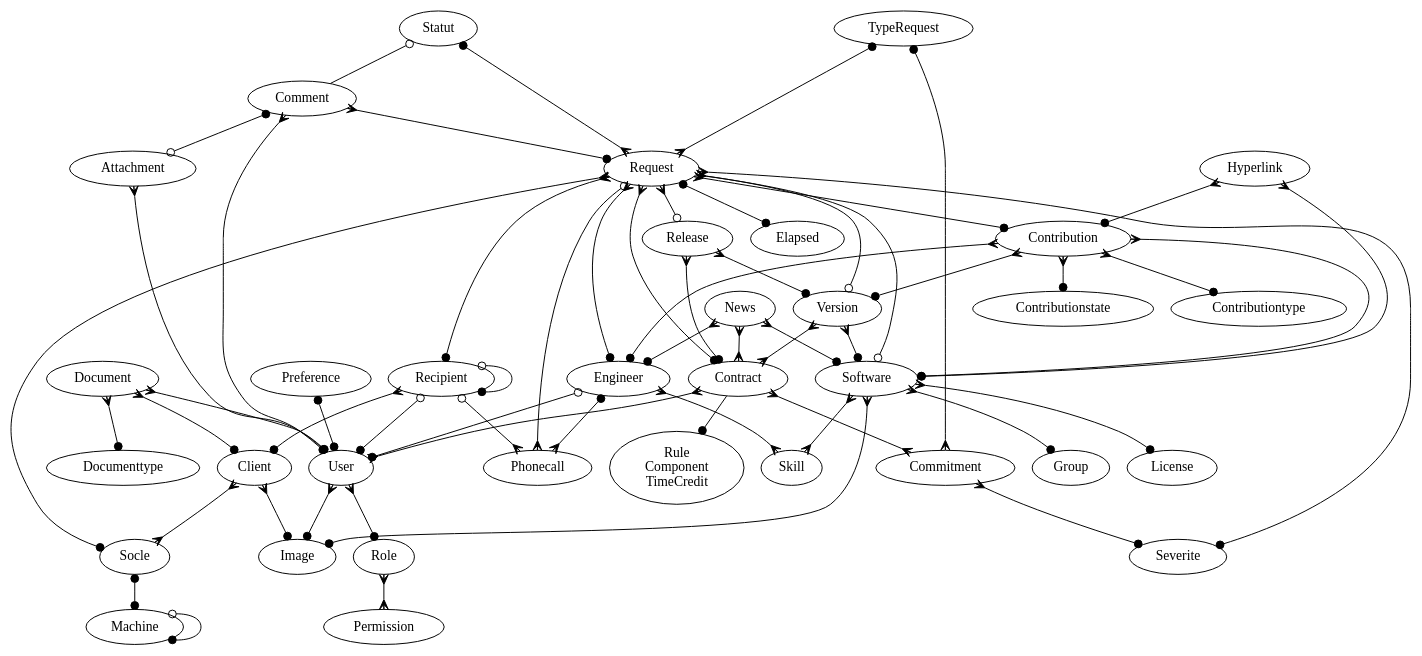
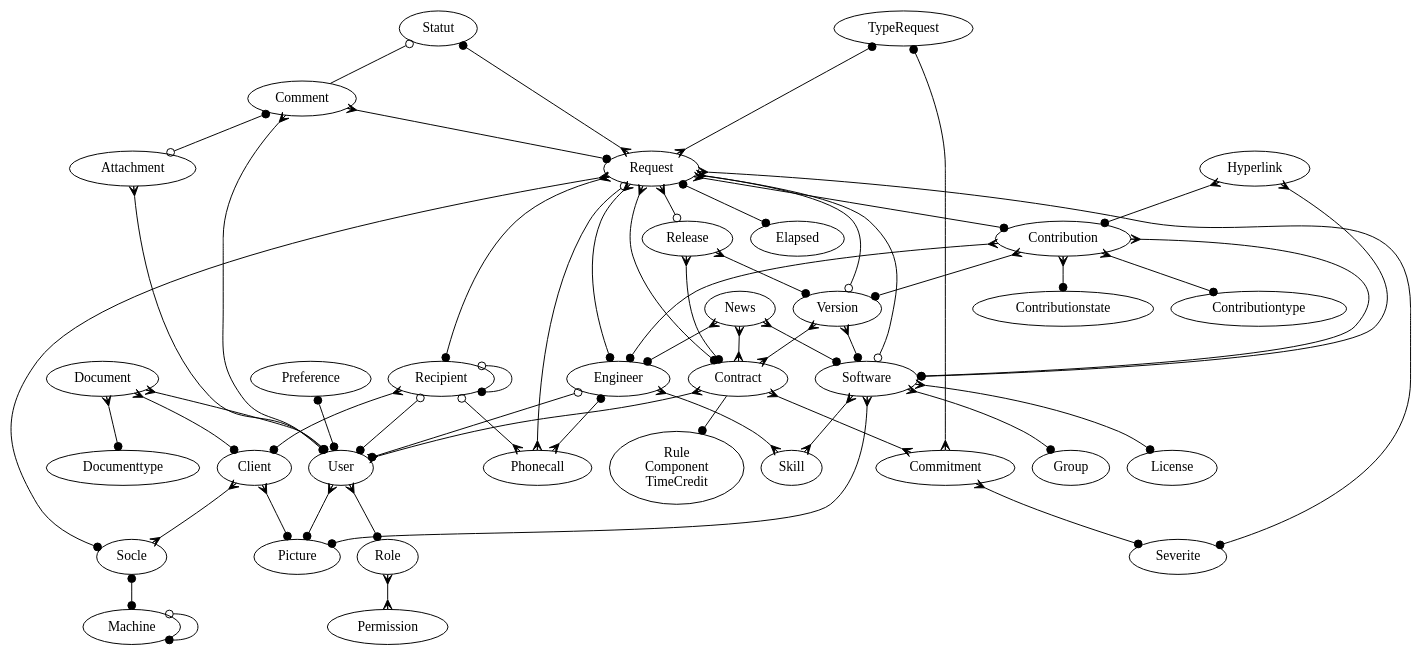
The diagram in doc/data_model.dot (trivoallan/tosca), drawn with Graphviz before and after one commit. The commit also changed 65 other files, not shown here.

```diff
--- a/doc/data_model.dot
+++ b/doc/data_model.dot
@@ -1,82 +1,82 @@
 digraph x {
 
 //rotate=90;
 {rank=min; Statut TypeRequest Statut }
 
 Rule [label="Rule\nComponent\nTimeCredit"]
 
 Recipient -> User [arrowhead=dot,arrowtail=odot,dir=both]
 Recipient -> Phonecall [arrowhead=crow,arrowtail=odot,dir=both]
 Recipient -> Client [arrowhead=dot,dir=both,arrowtail=crow]
 Recipient -> Recipient [arrowhead=dot,arrowtail=odot,dir=both]
 
-Client -> Image [arrowhead=dot,dir=both,arrowtail=crow]
+Client -> Picture [arrowhead=dot,dir=both,arrowtail=crow]
 Client -> Socle [arrowhead=crow,dir=both,arrowtail=crow]
 
 Comment -> Request [arrowhead=dot,dir=both,arrowtail=crow]
 Comment -> User [arrowhead=dot,dir=both,arrowtail=crow]
 Comment -> Attachment [arrowhead=odot,dir=both,arrowtail=dot]
 Comment -> Statut [arrowhead=odot]
 
 Contract -> User [arrowhead=crow,dir=both,arrowtail=crow]
 Contract -> Commitment [arrowhead=crow,arrowtail=crow,dir=both]
 Contract -> Rule [arrowhead=dot,arrowtail=crow]
 
-User -> Image [arrowhead=dot,dir=both,arrowtail=crow]
+User -> Picture [arrowhead=dot,dir=both,arrowtail=crow]
 User -> Role [arrowhead=dot,arrowtail=crow,dir=both]
 Engineer -> Skill [arrowhead=crow,arrowtail=crow,dir=both]
 Engineer -> User [arrowhead=dot,arrowtail=odot,dir=both]
 Engineer -> Phonecall [arrowhead=crow,dir=both,arrowtail=dot]
 
 News -> Engineer [arrowhead=dot,dir=both,arrowtail=crow]
 News -> Contract [arrowhead=crow,dir=both,arrowtail=crow]
 News -> Software [arrowhead=dot,dir=both,arrowtail=crow]
 
 Request -> TypeRequest [arrowhead=dot,dir=both,arrowtail=crow]
 Request -> Elapsed [arrowhead=dot,dir=both,arrowtail=dot]
 Request -> Severite [arrowhead=dot,dir=both,arrowtail=crow]
 Request -> Recipient [arrowhead=dot,dir=both,arrowtail=crow]
 Request -> Socle [arrowhead=dot,dir=both,arrowtail=crow]
 Request -> Contribution [arrowhead=dot,dir=both,arrowtail=crow]
 Request -> Contract [arrowhead=dot,dir=both,arrowtail=crow]
 Request -> Statut [arrowhead=dot,dir=both,arrowtail=crow]
 Request -> Engineer [arrowhead=dot,dir=both,arrowtail=crow]
 Request -> Phonecall [arrowhead=crow,arrowtail=odot,dir=both]
 Request -> Software [arrowhead=odot,dir=both,arrowtail=crow]
 Request -> Release [arrowhead=odot,dir=both,arrowtail=crow]
 Request -> Version [arrowhead=odot,dir=both,arrowtail=crow]
 
 Software -> Skill [arrowhead=crow,arrowtail=crow,dir=both]
 Software -> License [arrowhead=dot,dir=both,arrowtail=crow]
 Software -> Group [arrowhead=dot,dir=both,arrowtail=crow]
-Software -> Image [arrowhead=dot,dir=both,arrowtail=crow]
+Software -> Picture [arrowhead=dot,dir=both,arrowtail=crow]
 
 
 Version -> Software [arrowhead=dot,dir=both,arrowtail=crow]
 Version -> Contract [arrowhead=crow,dir=both,arrowtail=crow]
 
 Release -> Contract [arrowhead=dot,dir=both,arrowtail=crow]
 Release -> Version [arrowhead=dot,dir=both,arrowtail=crow]
 
 
 Preference -> User [arrowhead=dot,arrowtail=dot,dir=both]
 Socle -> Machine [arrowhead=dot,dir=both,arrowtail=dot]
 Machine -> Machine [arrowhead=dot,dir=both,arrowtail=odot]
 Hyperlink -> Software [arrowhead=dot,dir=both,arrowtail=crow]
 Commitment -> Severite [arrowhead=dot,dir=both,arrowtail=crow]
 Commitment -> TypeRequest [arrowhead=dot,dir=both,arrowtail=crow]
 Role -> Permission [arrowhead=crow,arrowtail=crow,dir=both]
 Hyperlink -> Contribution [arrowhead=dot,dir=both,arrowtail=crow]
 
 Contribution -> Contributionstate [arrowhead=dot,dir=both,arrowtail=crow]
 Contribution -> Contributiontype [arrowhead=dot,dir=both,arrowtail=crow]
 Contribution -> Software [arrowhead=dot,dir=both,arrowtail=crow]
 Contribution -> Version [arrowhead=dot,arrowtail=crow,dir=both]
 Contribution -> Engineer [arrowhead=dot,dir=both,arrowtail=crow]
 Attachment -> User [arrowtail=crow,dir=both,arrowhead=dot]
 Document -> Client [arrowhead=dot,dir=both,arrowtail=crow]
 Document -> Documenttype [arrowhead=dot,dir=both,arrowtail=crow]
 Document -> User [arrowhead=dot,dir=both,arrowtail=crow]
 
 
 }
```
